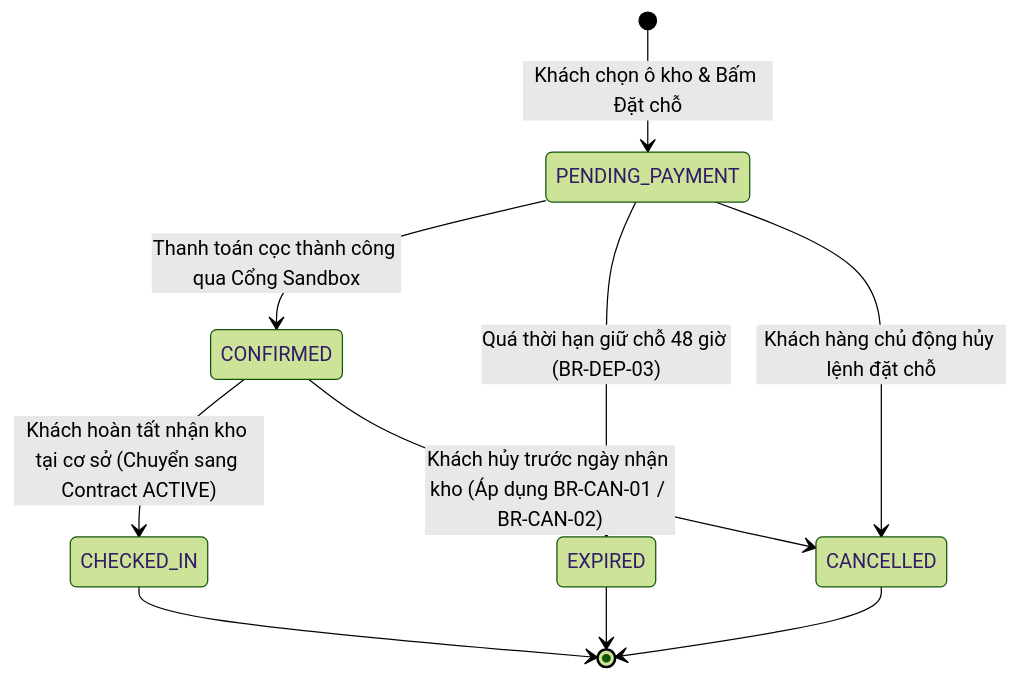
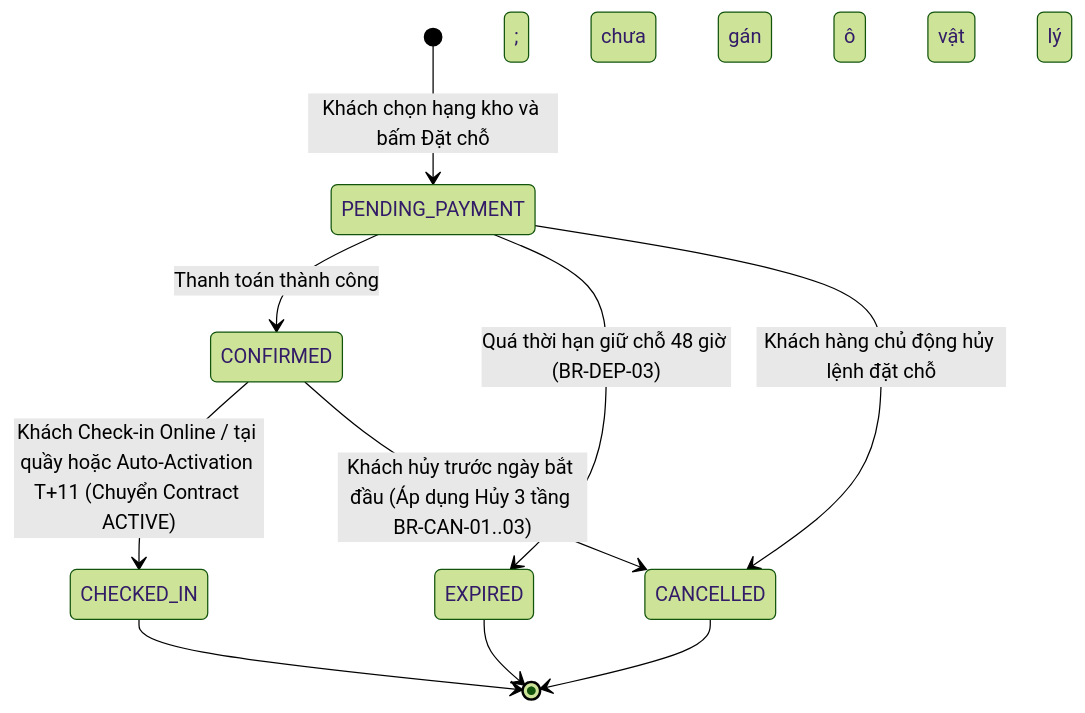
Before and after one commit to Nguyen-Van-Gia-Binh/Self-Storage-Facility-Rental-and-Management-System: the tenth of 17 diagrams in docs/DEFENSE-SPECIFICATION.md, drawn with Mermaid (forest theme). The commit also changed other lines of this file and 74 other files, not shown here.

````diff
--- a/docs/DEFENSE-SPECIFICATION.md
+++ b/docs/DEFENSE-SPECIFICATION.md
@@ -520,14 +519,14 @@
 ```mermaid
 stateDiagram-v2
-    [*] --> PENDING_PAYMENT : Khách chọn ô kho & Bấm Đặt chỗ
-    PENDING_PAYMENT --> CONFIRMED : Thanh toán cọc thành công qua Cổng Sandbox
+    [*] --> PENDING_PAYMENT : Khách chọn hạng kho và bấm Đặt chỗ
+    PENDING_PAYMENT --> CONFIRMED : Thanh toán thành công; chưa gán ô vật lý
     PENDING_PAYMENT --> EXPIRED : Quá thời hạn giữ chỗ 48 giờ (BR-DEP-03)
     PENDING_PAYMENT --> CANCELLED : Khách hàng chủ động hủy lệnh đặt chỗ
 
-    CONFIRMED --> CHECKED_IN : Khách hoàn tất nhận kho tại cơ sở (Chuyển sang Contract ACTIVE)
-    CONFIRMED --> CANCELLED : Khách hủy trước ngày nhận kho (Áp dụng BR-CAN-01 / BR-CAN-02)
+    CONFIRMED --> CHECKED_IN : Khách Check-in Online / tại quầy hoặc Auto-Activation T+11 (Chuyển Contract ACTIVE)
+    CONFIRMED --> CANCELLED : Khách hủy trước ngày bắt đầu (Áp dụng Hủy 3 tầng BR-CAN-01..03)
 
     CHECKED_IN --> [*]
     EXPIRED --> [*]
     CANCELLED --> [*]
 ```
````
